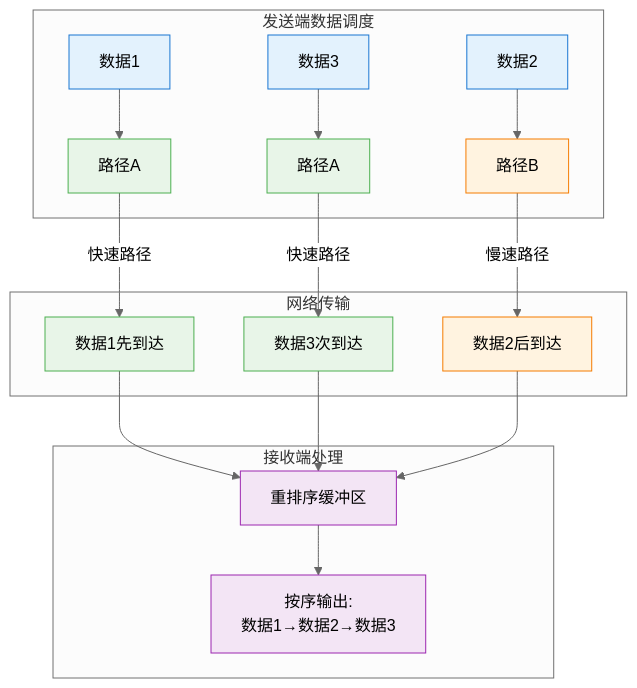
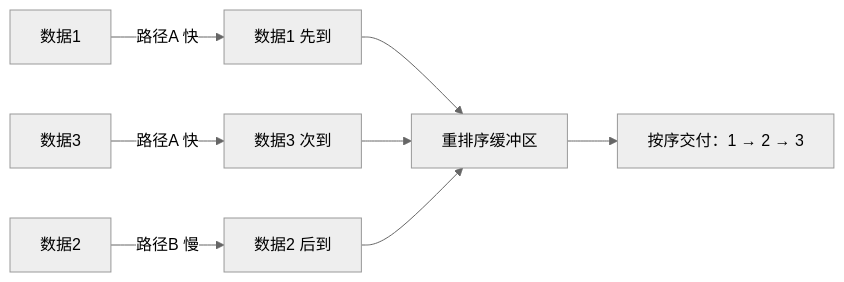
The seventh of 11 diagrams in 计算机网络/3.7传输层：现代传输技术.md (Dtheme/CS-base), drawn with Mermaid (neutral theme) before and after one commit. The commit also changed other lines of this file and 51 other files, not shown here.

````diff
--- a/计算机网络/3.7传输层：现代传输技术.md
+++ b/计算机网络/3.7传输层：现代传输技术.md
@@ -428,31 +295,11 @@
 ```mermaid
-graph TD
-    subgraph "发送端数据调度"
-        S1[数据1] --> PA1[路径A]
-        S2[数据2] --> PB1[路径B]
-        S3[数据3] --> PA2[路径A]
-    end
-    
-    subgraph "网络传输"
-        PA1 -->|快速路径| R1[数据1先到达]
-        PA2 -->|快速路径| R3[数据3次到达]
-        PB1 -->|慢速路径| R2[数据2后到达]
-    end
-    
-    subgraph "接收端处理"
-        R1 --> B1[重排序缓冲区]
-        R3 --> B1
-        R2 --> B1
-        B1 --> O1[按序输出:<br/>数据1→数据2→数据3]
-    end
-    
-    classDef sender fill:#e3f2fd,stroke:#1976d2,color:#000000
-    classDef pathA fill:#e8f5e8,stroke:#4caf50,color:#000000
-    classDef pathB fill:#fff3e0,stroke:#f57c00,color:#000000
-    classDef receiver fill:#f3e5f5,stroke:#9c27b0,color:#000000
-    
-    class S1,S2,S3 sender
-    class PA1,PA2,R1,R3 pathA
-    class PB1,R2 pathB
-    class B1,O1 receiver
+graph LR
+    S1[数据1] -->|路径A 快| R1[数据1 先到]
+    S3[数据3] -->|路径A 快| R3[数据3 次到]
+    S2[数据2] -->|路径B 慢| R2[数据2 后到]
+
+    R1 --> B[重排序缓冲区]
+    R3 --> B
+    R2 --> B
+    B --> O[按序交付：1 → 2 → 3]
 ```
````
